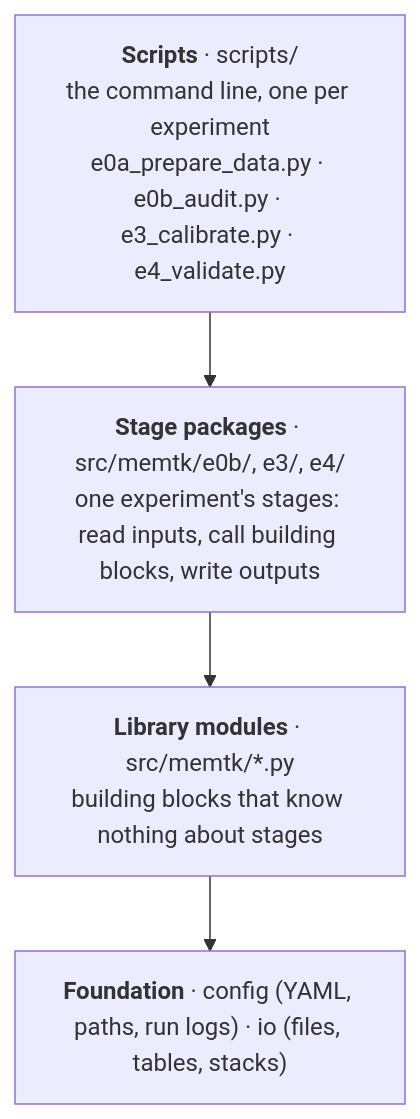
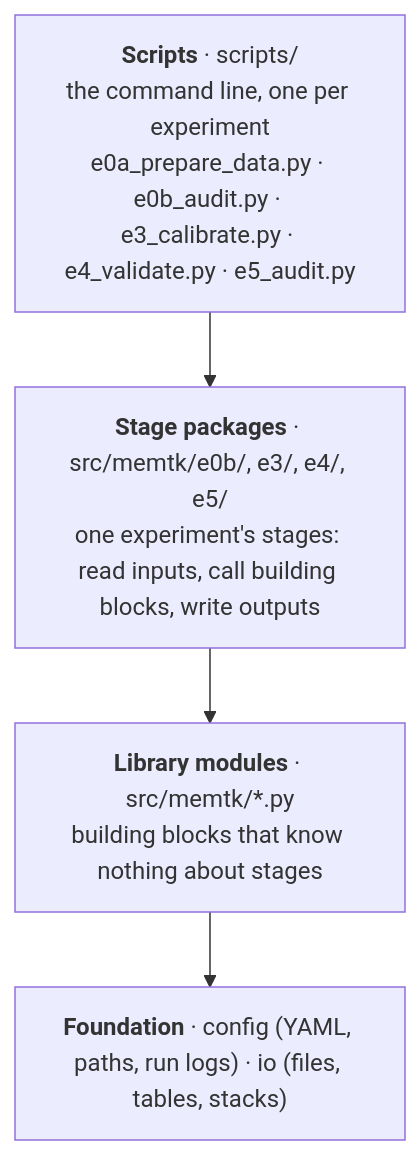
Before and after one commit to mattia3003/MT_project: the second of 2 diagrams in docs/architecture.md, drawn with Mermaid. The commit also changed other lines of this file and 44 other files, not shown here.

Commit message:
Ran stage E5 on synthetic pool, and analysed the data. Updated docs and prepared E6/E7 for explanatory analysis.

````diff
--- a/docs/architecture.md
+++ b/docs/architecture.md
@@ -85,8 +93,8 @@
 ```mermaid
 flowchart TB
-    L1["<b>Scripts</b> · scripts/<br/>the command line, one per experiment<br/>e0a_prepare_data.py · e0b_audit.py · e3_calibrate.py · e4_validate.py"]
-    L2["<b>Stage packages</b> · src/memtk/e0b/, e3/, e4/<br/>one experiment's stages: read inputs, call building blocks, write outputs"]
+    L1["<b>Scripts</b> · scripts/<br/>the command line, one per experiment<br/>e0a_prepare_data.py · e0b_audit.py · e3_calibrate.py · e4_validate.py · e5_audit.py"]
+    L2["<b>Stage packages</b> · src/memtk/e0b/, e3/, e4/, e5/<br/>one experiment's stages: read inputs, call building blocks, write outputs"]
     L3["<b>Library modules</b> · src/memtk/*.py<br/>building blocks that know nothing about stages"]
     L4["<b>Foundation</b> · config (YAML, paths, run logs) · io (files, tables, stacks)"]
     L1 --> L2 --> L3 --> L4
 ```
````
